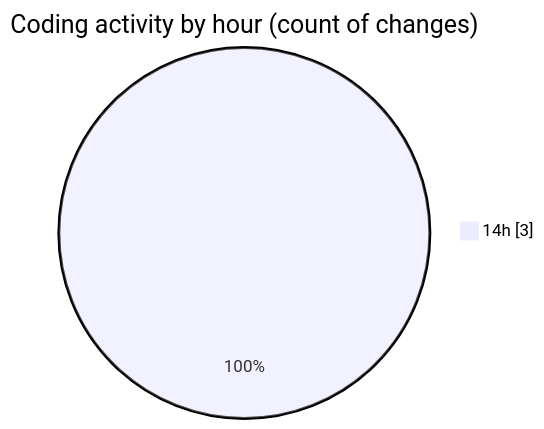
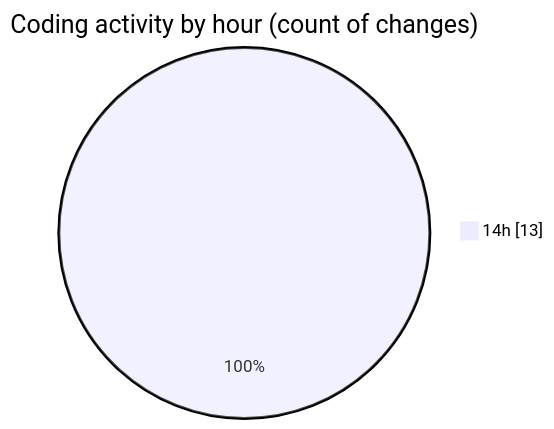
One commit to robertbonfada/code-tracking changed the second of 2 diagrams in 2025-02-27/audiobooks-web/README.md. Above: the diagram before and after it, drawn with Mermaid. The commit also changed other lines of this file and 1 other file, not shown here.

````diff
--- a/2025-02-27/audiobooks-web/README.md
+++ b/2025-02-27/audiobooks-web/README.md
@@ -29,5 +30,5 @@
 ```mermaid
 pie showData
 title Coding activity by hour (count of changes)
-"14h" : 3
+"14h" : 13
 ```
````
